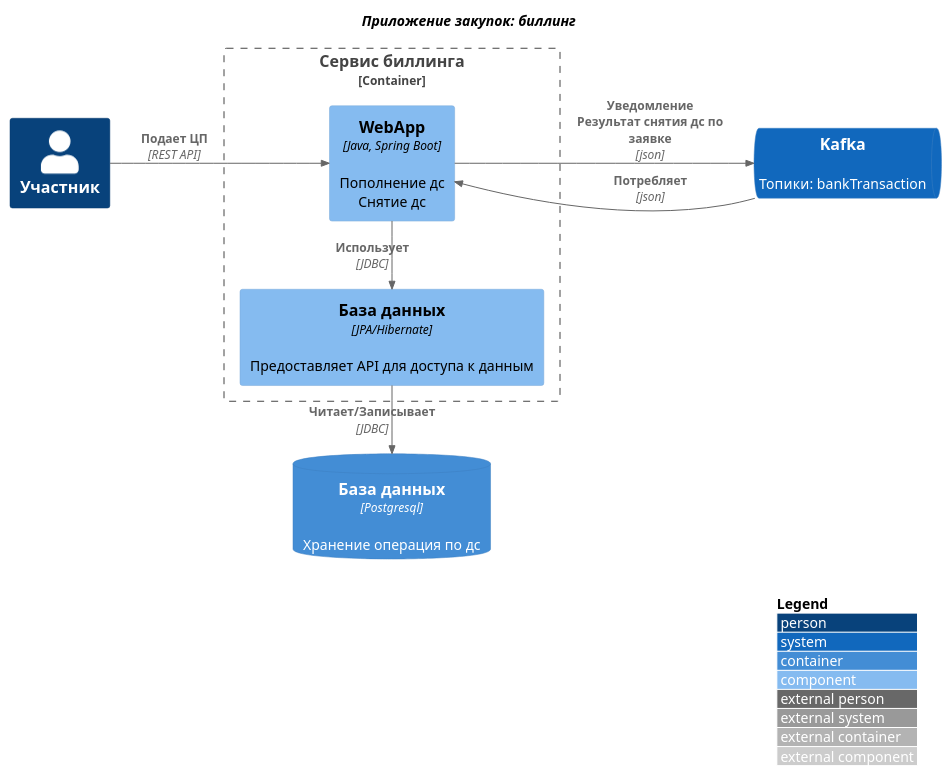
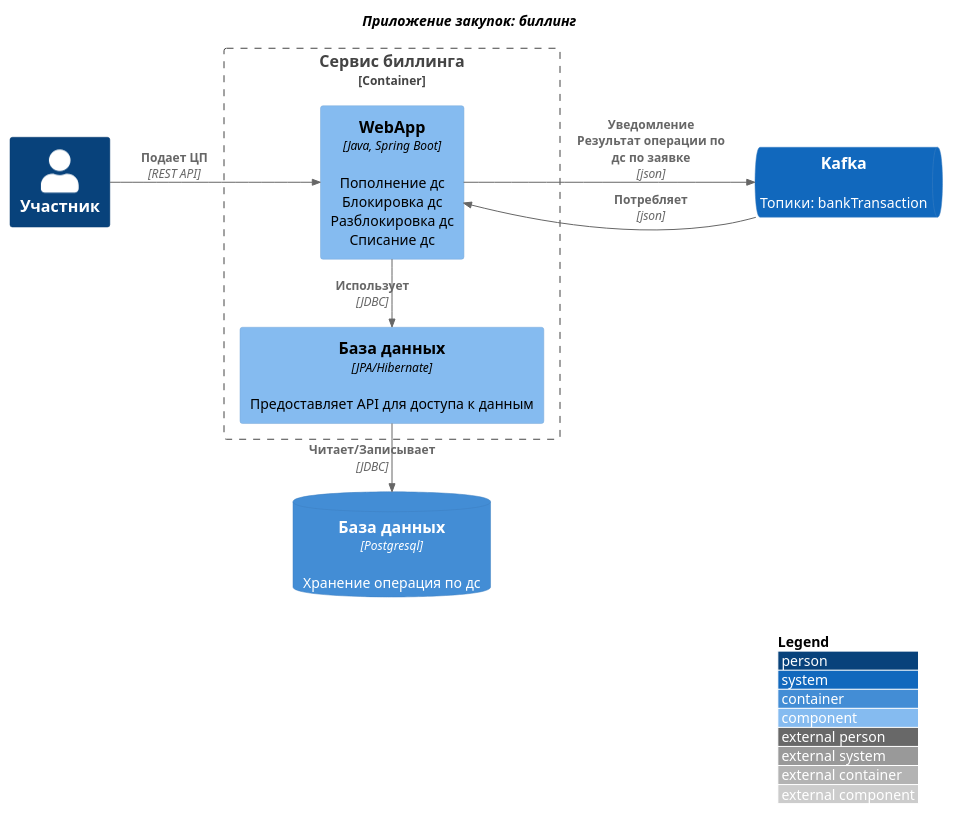
The diagram in с4 model/c4_component_billing.puml (abdalovalex/otus_project), drawn with PlantUML before and after one commit. The commit also changed 293 other files, not shown here.

```diff
--- a/с4 model/c4_component_billing.puml
+++ b/с4 model/c4_component_billing.puml
@@ -1,32 +1,32 @@
 @startuml C4_component_purchase_service
 !include ./c4_libs/C4_component.puml
 
 skinparam wrapWidth 300
 
 LAYOUT_WITH_LEGEND()
 LAYOUT_LANDSCAPE()
 
 title
   <i>Приложение закупок: биллинг</i>
 end title
 
 Person(supplier, "Участник")
 
 SystemQueue(kafka, "Kafka", "Топики: bankTransaction")
 
 Container_Boundary(billingService, "Сервис биллинга") {
-    Component(billingWebApp, "WebApp", "Java, Spring Boot", "Пополнение дс\nСнятие дс")
+    Component(billingWebApp, "WebApp", "Java, Spring Boot", "Пополнение дс\nБлокировка дс\nРазблокировка дс\nСписание дс")
     Component(billingDbContainer, "База данных", "JPA/Hibernate", "Предоставляет API для доступа к данным")
 }
 ContainerDb(billingDb, "База данных", "Postgresql", "Хранение операция по дс")
 
 Rel_U(billingWebApp, billingDbContainer, "Использует", "JDBC")
 Rel_U(billingDbContainer, billingDb, "Читает/Записывает", "JDBC")
 
-Rel_R(billingWebApp, kafka, "Уведомление\nРезультат снятия дс по заявке", "json")
+Rel_R(billingWebApp, kafka, "Уведомление\nРезультат операции по дс по заявке", "json")
 Rel_L(kafka, billingWebApp, "Потребляет", "json")
 
 
 Rel_R(supplier, billingWebApp, "Подает ЦП", "REST API")
 
 @enduml
```
